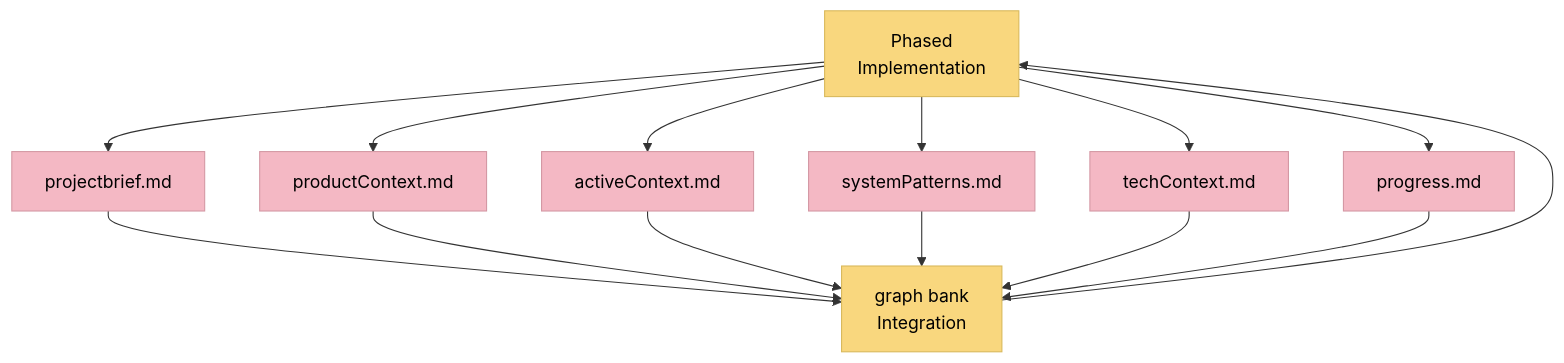
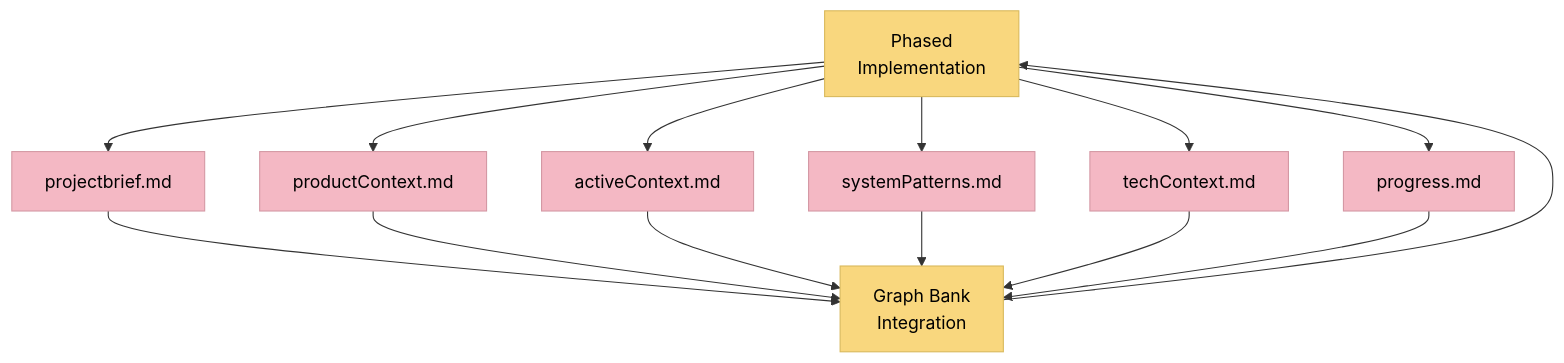
Before and after one commit to 7Spade/cursor-memory-bank: the sixth of 6 diagrams in .cursor/rules/isolation_rules/Level4/phased-implementation.mdc, drawn with Mermaid. The commit also changed other lines of this file and 37 other files, not shown here.

Commit message:
refactor: Standardize terminology from "Memory Bank" to "Graph Bank" across all files, ensuring consistency in documentation and improving clarity in the system's architecture and processes

````diff
--- a/.cursor/rules/isolation_rules/Level4/phased-implementation.mdc
+++ b/.cursor/rules/isolation_rules/Level4/phased-implementation.mdc
@@ -518,18 +518,18 @@
 ```mermaid
 flowchart TD
     classDef memfile fill:#f4b8c4,stroke:#d498a4,color:#000
     classDef process fill:#f9d77e,stroke:#d9b95c,color:#000
     
     Implementation[Phased<br>Implementation] --> PB[projectbrief.md]
     Implementation --> PC[productContext.md]
     Implementation --> AC[activeContext.md]
     Implementation --> SP[systemPatterns.md]
     Implementation --> TC[techContext.md]
     Implementation --> P[progress.md]
     
-    PB & PC & AC & SP & TC & P --> MBI[graph bank<br>Integration]
+    PB & PC & AC & SP & TC & P --> MBI[Graph Bank<br>Integration]
     MBI --> Implementation
     
     class PB,PC,AC,SP,TC,P memfile
     class Implementation,MBI process
 ```
````
